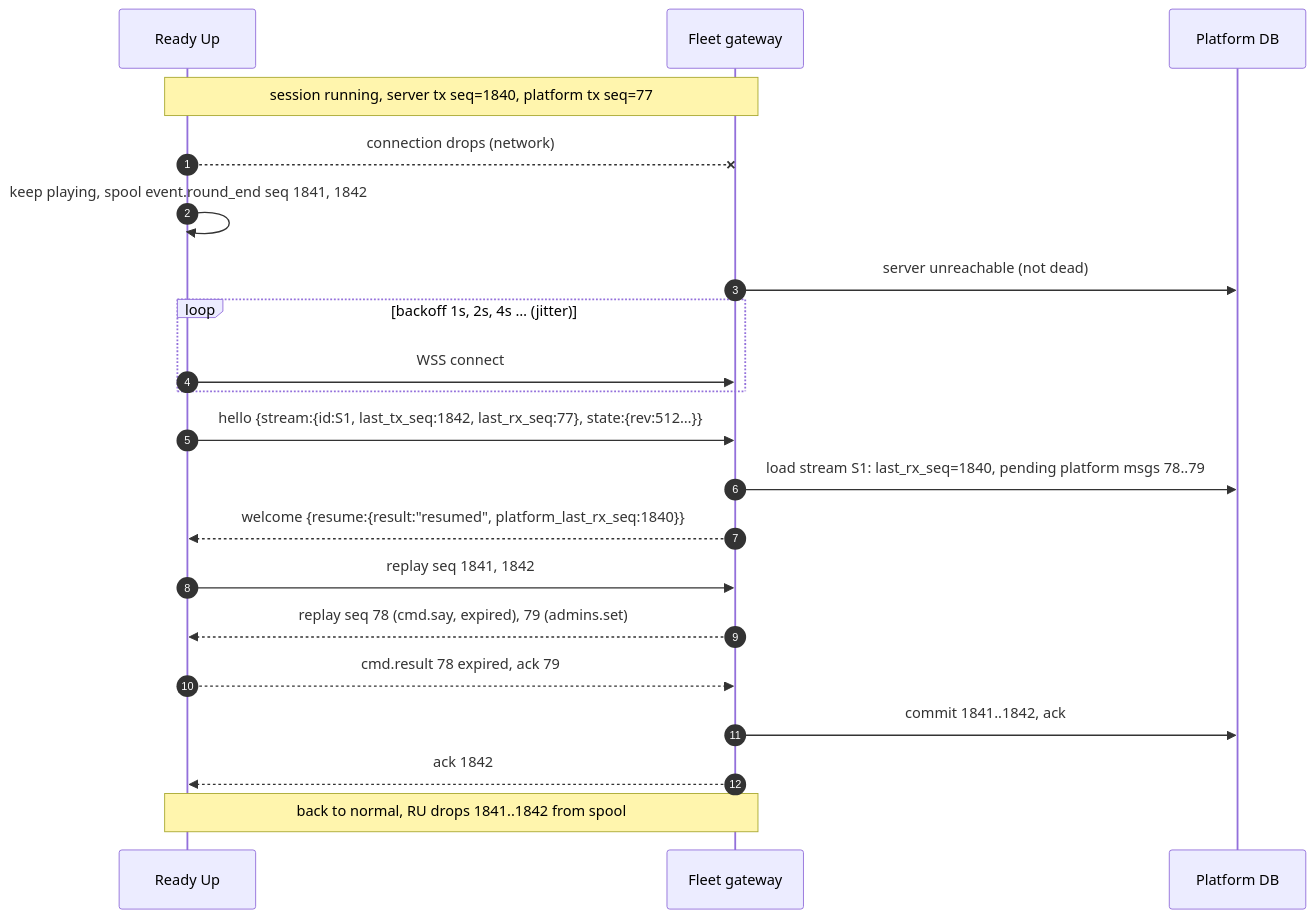
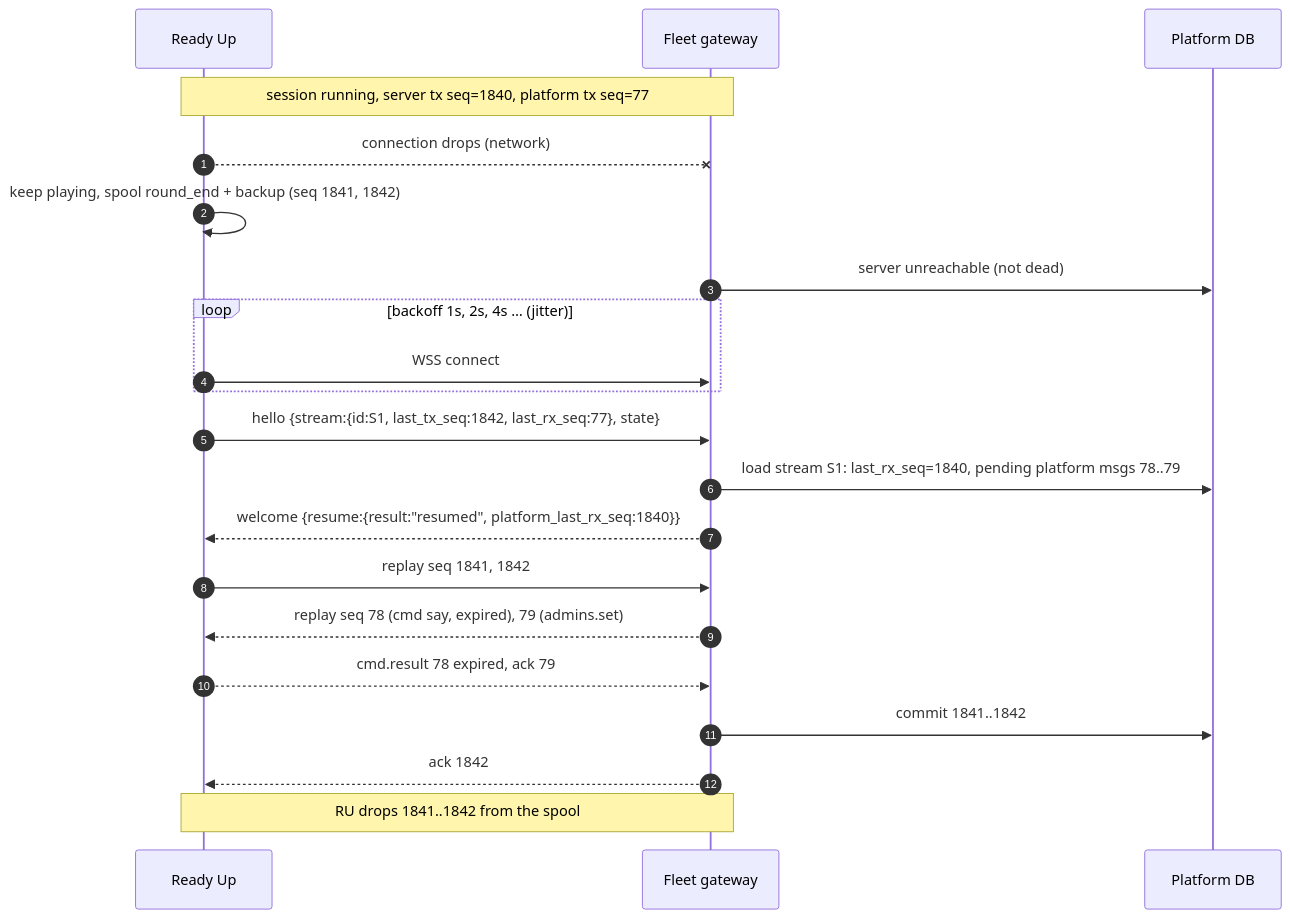
One commit to Auto-Tournament/ready-up changed the second of 7 diagrams in docs/FLEET.md. Above: the diagram before and after it, drawn with Mermaid. The commit also changed other lines of this file, not shown here.

````diff
--- a/docs/FLEET.md
+++ b/docs/FLEET.md
@@ -322,23 +362,23 @@
 ```mermaid
 sequenceDiagram
     autonumber
     participant RU as Ready Up
     participant GW as Fleet gateway
     participant DB as Platform DB
     Note over RU,GW: session running, server tx seq=1840, platform tx seq=77
     RU--xGW: connection drops (network)
-    RU->>RU: keep playing, spool event.round_end seq 1841, 1842
+    RU->>RU: keep playing, spool round_end + backup (seq 1841, 1842)
     GW->>DB: server unreachable (not dead)
     loop backoff 1s, 2s, 4s … (jitter)
         RU->>GW: WSS connect
     end
-    RU->>GW: hello {stream:{id:S1, last_tx_seq:1842, last_rx_seq:77}, state:{rev:512…}}
+    RU->>GW: hello {stream:{id:S1, last_tx_seq:1842, last_rx_seq:77}, state}
     GW->>DB: load stream S1: last_rx_seq=1840, pending platform msgs 78..79
     GW-->>RU: welcome {resume:{result:"resumed", platform_last_rx_seq:1840}}
     RU->>GW: replay seq 1841, 1842
-    GW-->>RU: replay seq 78 (cmd.say, expired), 79 (admins.set)
+    GW-->>RU: replay seq 78 (cmd say, expired), 79 (admins.set)
     RU-->>GW: cmd.result 78 expired, ack 79
-    GW->>DB: commit 1841..1842, ack
+    GW->>DB: commit 1841..1842
     GW-->>RU: ack 1842
-    Note over RU,GW: back to normal, RU drops 1841..1842 from spool
+    Note over RU,GW: RU drops 1841..1842 from the spool
 ```
````
